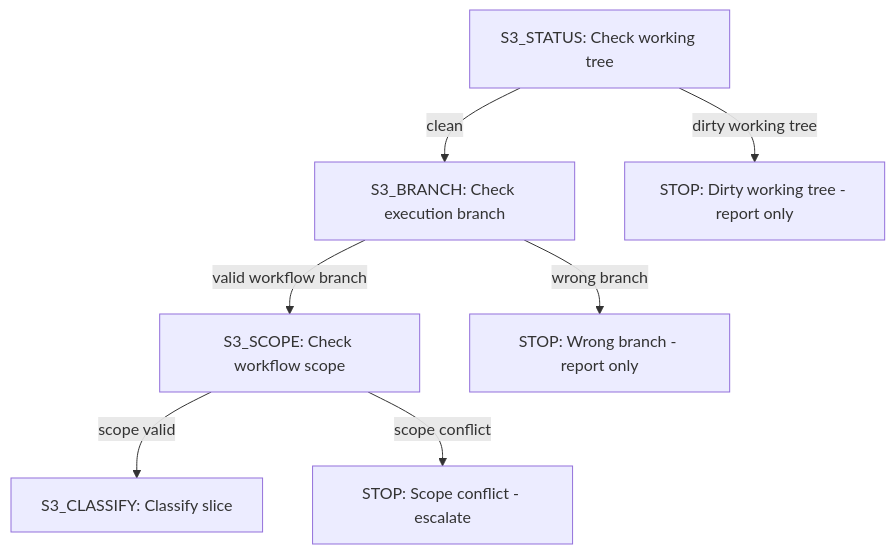
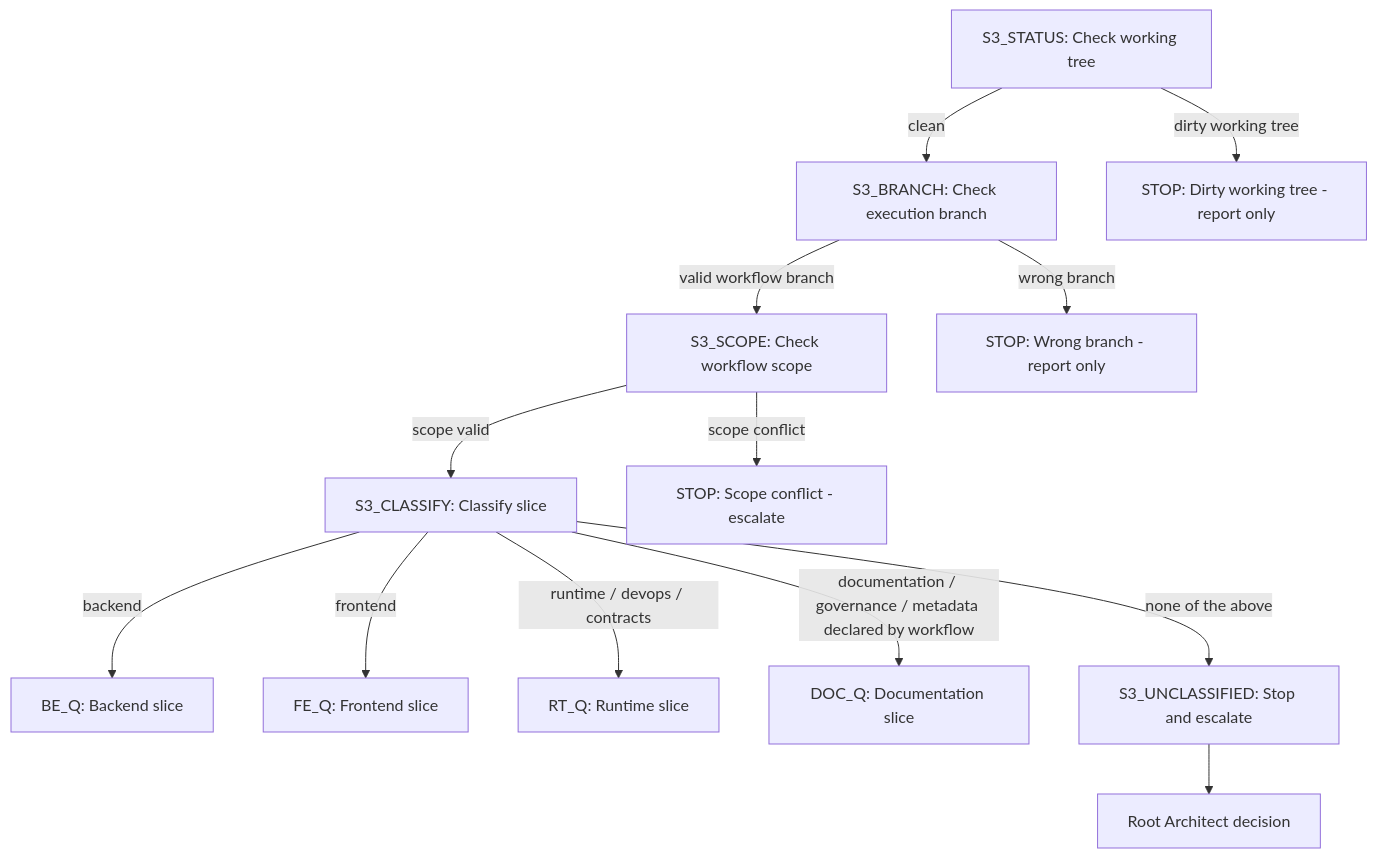
The diagram in docs/process/workflow-execute.md (MatthiasBurger-Coder/forensic_analytics), drawn with Mermaid before and after one commit. The commit also changed other lines of this file and 7 other files, not shown here.

First line of the commit message:
docs(slice-04): add unclassified slice escalation

````diff
--- a/docs/process/workflow-execute.md
+++ b/docs/process/workflow-execute.md
@@ -21,9 +21,15 @@
 ```mermaid
 flowchart TD
   S3_STATUS["S3_STATUS: Check working tree"] -->|clean| S3_BRANCH["S3_BRANCH: Check execution branch"]
   S3_STATUS -->|dirty working tree| S3_STOP_STATUS["STOP: Dirty working tree - report only"]
   S3_BRANCH -->|valid workflow branch| S3_SCOPE["S3_SCOPE: Check workflow scope"]
   S3_BRANCH -->|wrong branch| S3_STOP_BRANCH["STOP: Wrong branch - report only"]
   S3_SCOPE -->|scope valid| S3_CLASSIFY["S3_CLASSIFY: Classify slice"]
   S3_SCOPE -->|scope conflict| S3_STOP_SCOPE["STOP: Scope conflict - escalate"]
+  S3_CLASSIFY -->|backend| BE_Q["BE_Q: Backend slice"]
+  S3_CLASSIFY -->|frontend| FE_Q["FE_Q: Frontend slice"]
+  S3_CLASSIFY -->|runtime / devops / contracts| RT_Q["RT_Q: Runtime slice"]
+  S3_CLASSIFY -->|documentation / governance / metadata declared by workflow| DOC_Q["DOC_Q: Documentation slice"]
+  S3_CLASSIFY -->|none of the above| S3_UNCLASSIFIED["S3_UNCLASSIFIED: Stop and escalate"]
+  S3_UNCLASSIFIED --> ROOT_ARCHITECT["Root Architect decision"]
 ```
````
